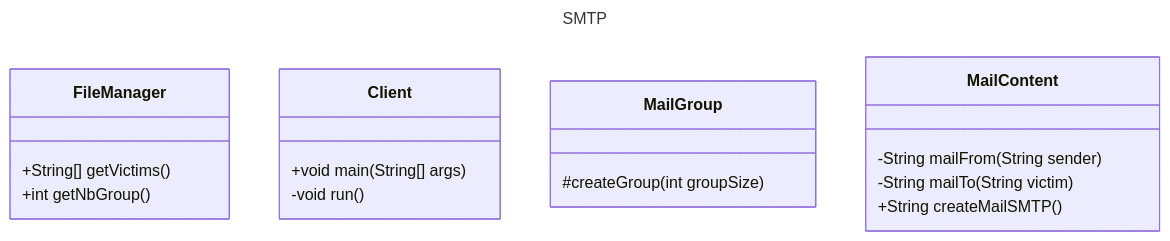
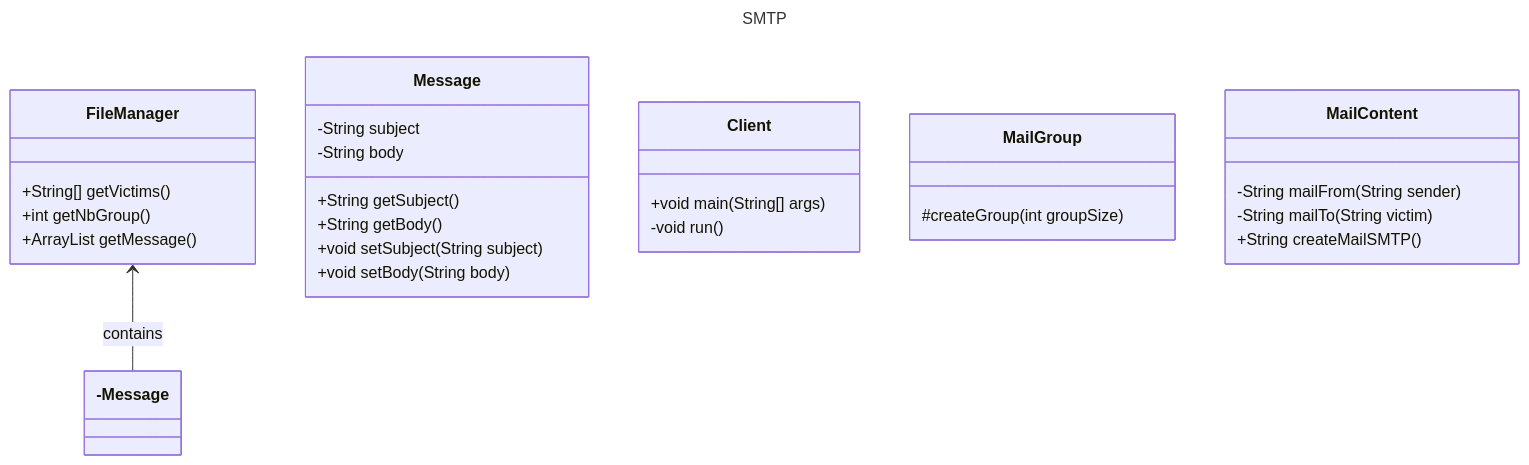
One commit to evarayHEIG/dai-labo4-smtp changed the diagram in README.md. Above: the diagram before and after it, drawn with Mermaid. The commit also changed 2 other files, not shown here.

Commit message:
feauture: Recuperations des e-mails et des messages. Creation d'une classe Message pour avoir le sujet et le body.

````diff
--- a/README.md
+++ b/README.md
@@ -8,28 +8,39 @@
 ```mermaid
 ---
 title: SMTP
 ---
 classDiagram
     
     class FileManager {
         +String[] getVictims()
         +int getNbGroup()
+        +ArrayList<String> getMessage()
+    }
+    
+    class Message {
+        -String subject
+        -String body
+        +String getSubject()
+        +String getBody()
+        +void setSubject(String subject)
+        +void setBody(String body)
     }
     
     class Client {
         +void main(String[] args)
         -void run()
     }
     
     class MailGroup {
         #createGroup(int groupSize)
     }
     
     class MailContent {
         -String mailFrom(String sender)
         -String mailTo(String victim)
         +String createMailSMTP()
     }
 
+    FileManager <--- Message : contains
 
 ```
````
